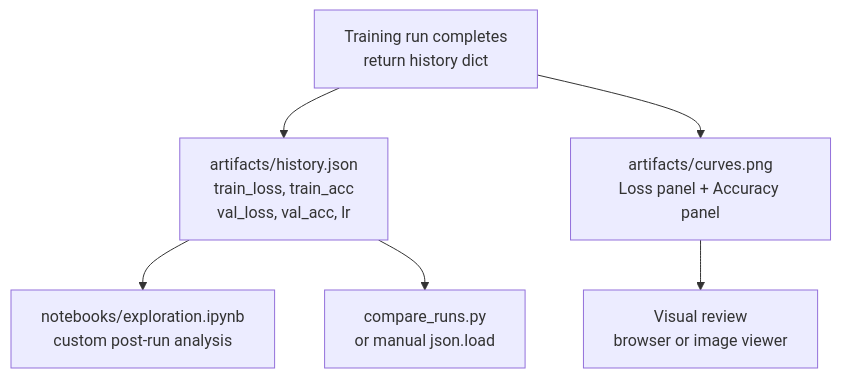
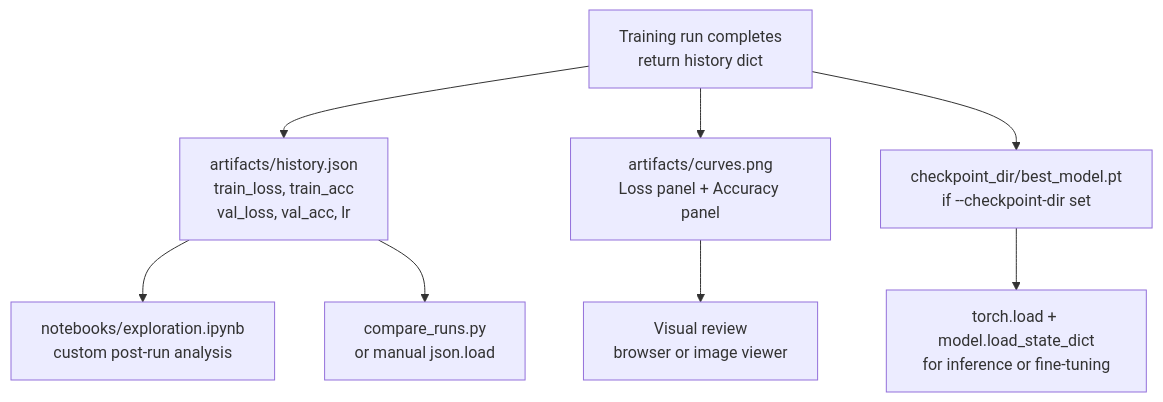
The tenth of 11 diagrams in README.md (hkevin01/ml-adamw-demo), drawn with Mermaid before and after one commit. The commit also changed other lines of this file, not shown here.

````diff
--- a/README.md
+++ b/README.md
@@ -554,8 +777,10 @@
 ```mermaid
 flowchart TD
     RUN["Training run completes\nreturn history dict"] --> JSON["artifacts/history.json\ntrain_loss, train_acc\nval_loss, val_acc, lr"]
     RUN --> PNG["artifacts/curves.png\nLoss panel + Accuracy panel"]
+    RUN --> CKPT["checkpoint_dir/best_model.pt\nif --checkpoint-dir set"]
     JSON --> NB["notebooks/exploration.ipynb\ncustom post-run analysis"]
     JSON --> CMP["compare_runs.py\nor manual json.load"]
     PNG --> VIS["Visual review\nbrowser or image viewer"]
+    CKPT --> RELOAD["torch.load + model.load_state_dict\nfor inference or fine-tuning"]
 ```
````
